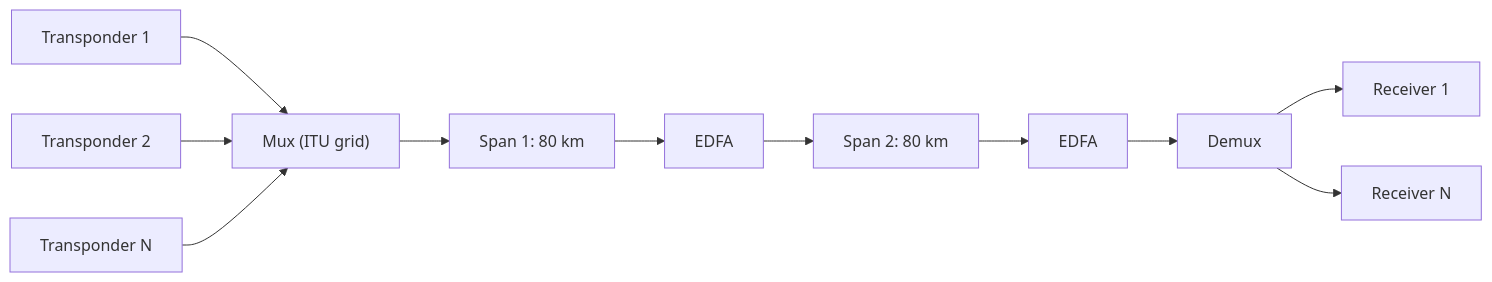
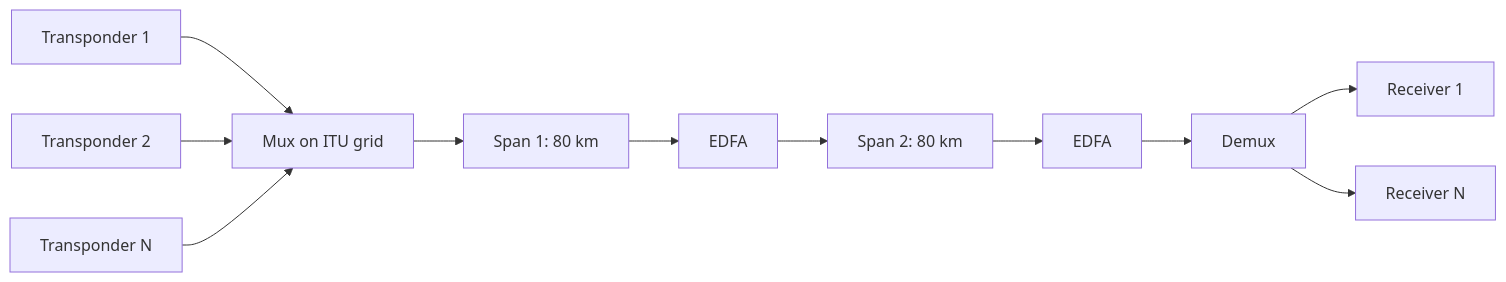
One commit to Raushan666java/ai-engineering-journey changed the second of 2 diagrams in docs/references/bsnl/course/ch08-optical-fibre-dwdm-and-otn.md. Above: the diagram before and after it, drawn with Mermaid. The commit also changed other lines of this file and 8 other files, not shown here.

````diff
--- a/docs/references/bsnl/course/ch08-optical-fibre-dwdm-and-otn.md
+++ b/docs/references/bsnl/course/ch08-optical-fibre-dwdm-and-otn.md
@@ -430,13 +277,13 @@
 ```mermaid
 graph LR
-    T1["Transponder 1"] --> MUX["Mux (ITU grid)"]
+    T1["Transponder 1"] --> MUX["Mux on ITU grid"]
     T2["Transponder 2"] --> MUX
     TN["Transponder N"] --> MUX
     MUX --> S1["Span 1: 80 km"]
     S1 --> A1["EDFA"]
     A1 --> S2["Span 2: 80 km"]
     S2 --> A2["EDFA"]
     A2 --> DMX["Demux"]
     DMX --> R1["Receiver 1"]
     DMX --> RN["Receiver N"]
 ```
````
